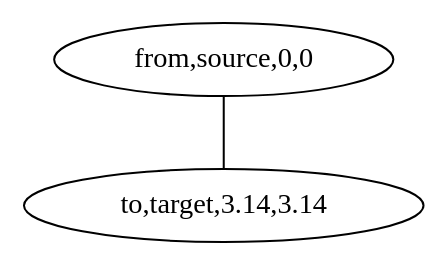
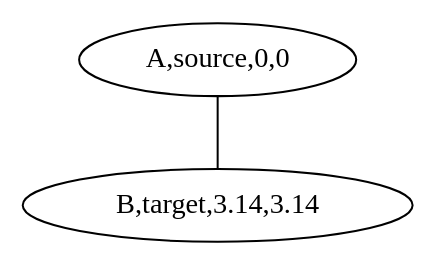
One commit to richelbilderbeek/boost_graph_cookbook_1 changed the diagram in save_custom_vertices_graph_to_dot_test_custom_vertices_k2_graph.dot. Above: the diagram before and after it, drawn with Graphviz. The commit also changed 38 other files, not shown here.

```diff
--- a/save_custom_vertices_graph_to_dot_test_custom_vertices_k2_graph.dot
+++ b/save_custom_vertices_graph_to_dot_test_custom_vertices_k2_graph.dot
@@ -1,5 +1,5 @@
 graph G {
-0[label="from,source,0,0"];
-1[label="to,target,3.14,3.14"];
+0[label="A,source,0,0"];
+1[label="B,target,3.14,3.14"];
 0--1 ;
 }
```
